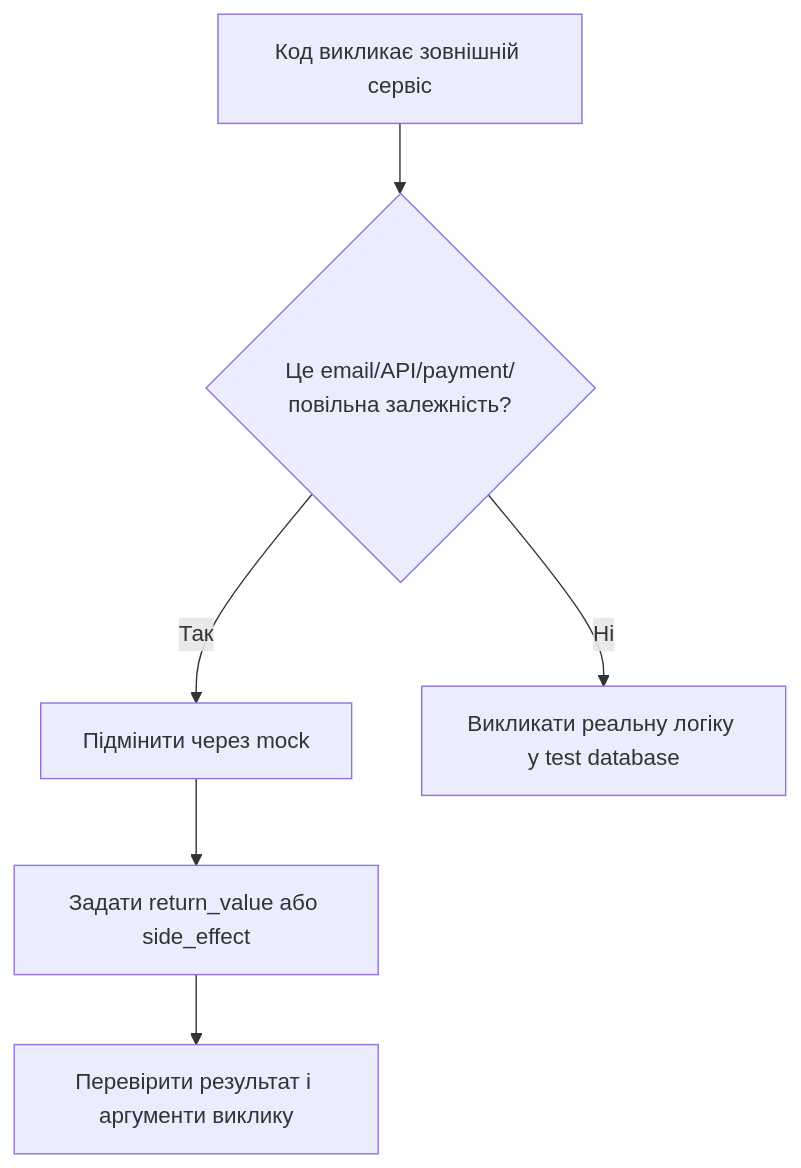
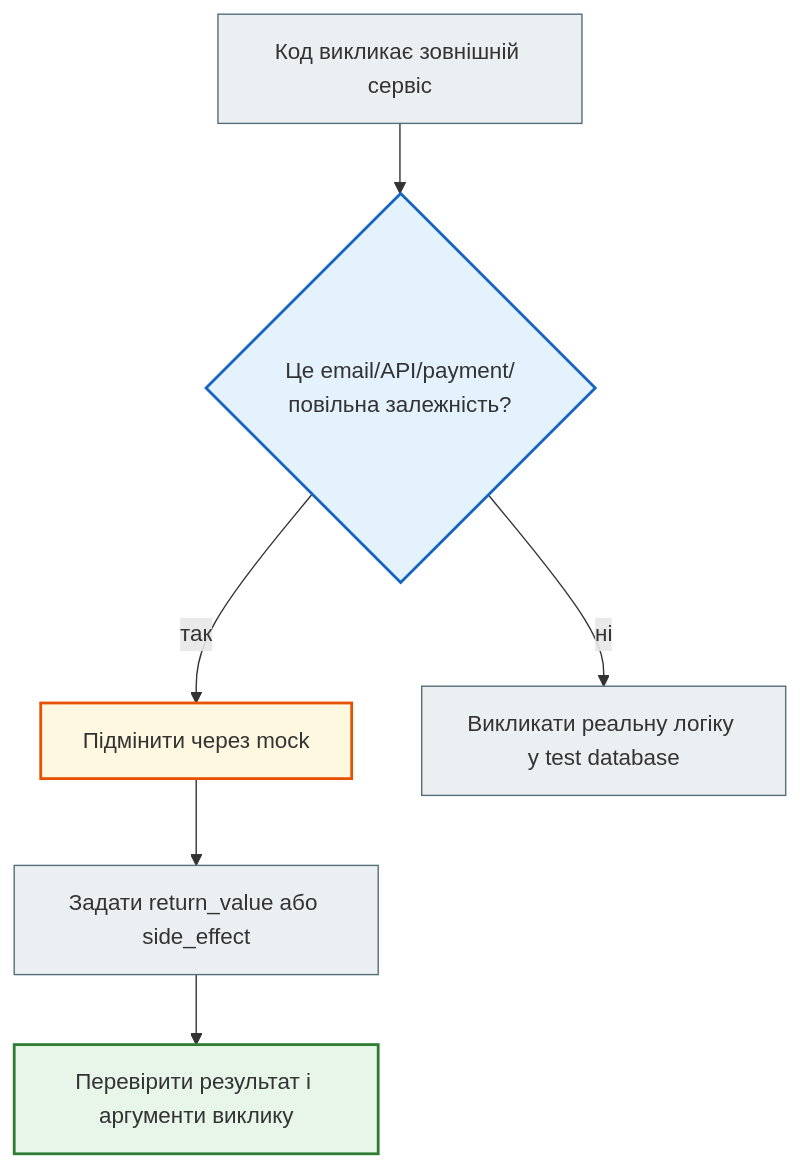
The diagram in docs/08_testing_and_quality/mocking_and_patching_full.md (NikoriakViktot/notes_chat_app), drawn with Mermaid before and after one commit. The commit also changed other lines of this file and 441 other files, not shown here.

First line of the commit message:
Add English version of the book, Mermaid standard, docs fixes

````diff
--- a/docs/08_testing_and_quality/mocking_and_patching_full.md
+++ b/docs/08_testing_and_quality/mocking_and_patching_full.md
@@ -306,8 +313,17 @@
 ```mermaid
 flowchart TD
     A["Код викликає зовнішній сервіс"] --> B{"Це email/API/payment/повільна залежність?"}
-    B -->|Так| C["Підмінити через mock"]
-    B -->|Ні| D["Викликати реальну логіку у test database"]
+    B -->|так| C["Підмінити через mock"]
+    B -->|ні| D["Викликати реальну логіку у test database"]
     C --> E["Задати return_value або side_effect"]
     E --> F["Перевірити результат і аргументи виклику"]
+
+    classDef step     fill:#eceff1,stroke:#546e7a,stroke-width:1px;
+    classDef decision fill:#e3f2fd,stroke:#1565c0,stroke-width:2px;
+    classDef success  fill:#e8f5e9,stroke:#2e7d32,stroke-width:2px;
+    classDef warning  fill:#fff8e1,stroke:#e65100,stroke-width:2px;
+    class A,D,E step;
+    class B decision;
+    class C warning;
+    class F success;
 ```
````
